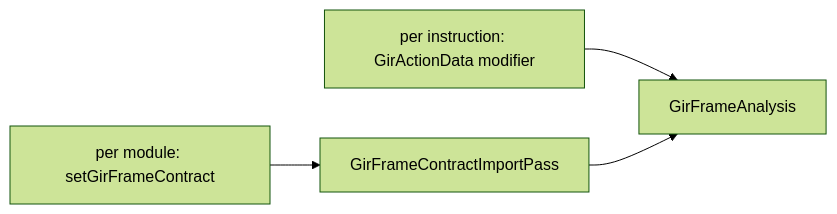
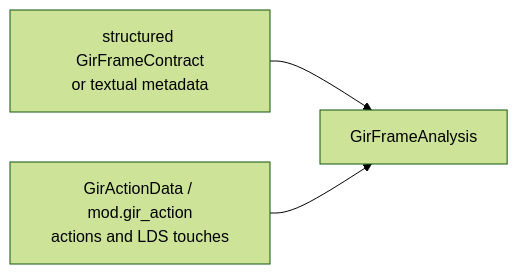
One commit to chengchingwen/rocm-libraries changed the diagram in shared/stinkytofu/docs/developer/gir-frame-contract.md. Above: the diagram before and after it, drawn with Mermaid (forest theme). The commit also changed other lines of this file and 3 other files, not shown here.

````diff
--- a/shared/stinkytofu/docs/developer/gir-frame-contract.md
+++ b/shared/stinkytofu/docs/developer/gir-frame-contract.md
@@ -37,5 +39,5 @@
 ```mermaid
 flowchart LR
-  a["per instruction: GirActionData modifier"] --> an["GirFrameAnalysis"]
-  b["per module: setGirFrameContract"] --> imp["GirFrameContractImportPass"] --> an
+  a["structured GirFrameContract<br/>or textual metadata"] --> an["GirFrameAnalysis"]
+  b["GirActionData / mod.gir_action<br/>actions and LDS touches"] --> an
 ```
````
